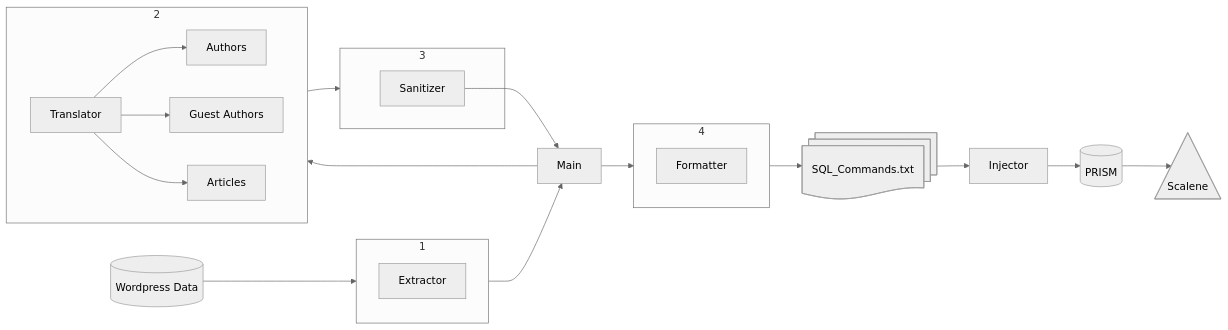
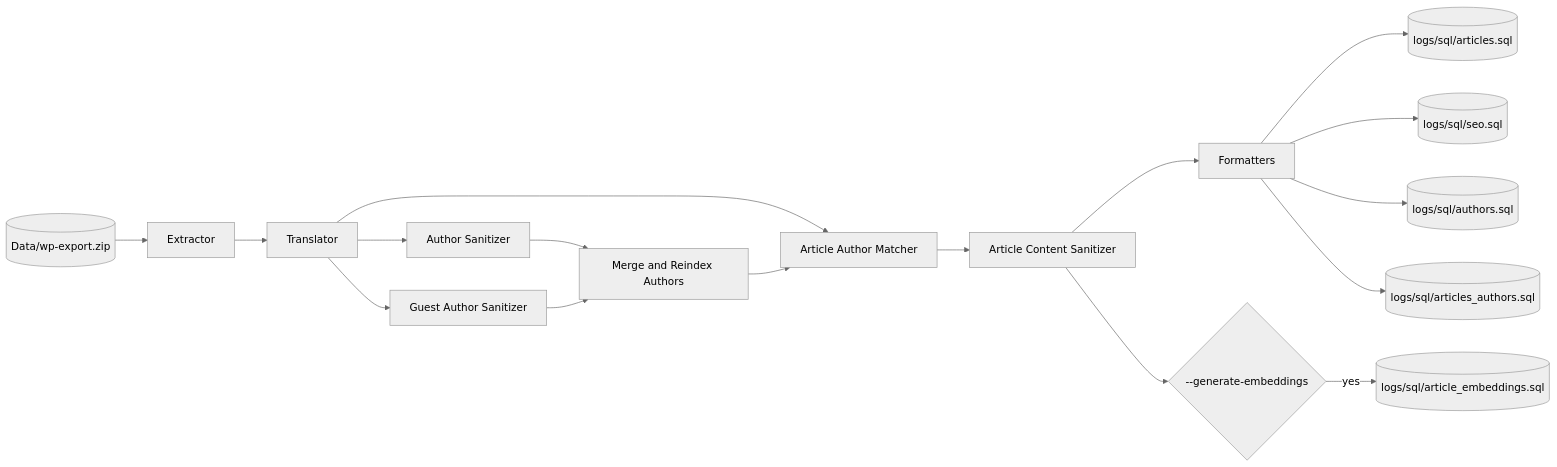
Before and after one commit to DrexelTriangle/wordpress-etl: the diagram in README.MD, drawn with Mermaid (neutral theme).

Commit message:
Update mermaid chart

````diff
--- a/README.MD
+++ b/README.MD
@@ -6,34 +6,20 @@
 ```mermaid
 flowchart LR
-    db[(Wordpress Data)] 
-    db --> g1
-    g1 --> ma[Main]
-    ma --> g2
-    ma --> g4
-    g4 --> cmd@{ shape: docs, label: "SQL_Commands.txt"} --> in[Injector] --> pr[(PRISM)] --> sc@{ shape: tri, label: "Scalene"}
-
-subgraph g1[1]
-    ex[Extractor]
-end
-
-subgraph g2[2]
-direction LR
-    tr[Translator]
-    tr --> au[Authors]
-    tr --> ga[Guest Authors]
-    tr --> ar[Articles]
-end
-
-g2 --> g3
-
-subgraph g3[3]
-    sa[Sanitizer]
-end
-
-sa --> ma
-
-subgraph g4[4]
-    fm[Formatter]
-end
+    z[(Data/wp-export.zip)] --> ex[Extractor]
+    ex --> tr[Translator]
+    tr --> a1[Author Sanitizer]
+    tr --> g1[Guest Author Sanitizer]
+    a1 --> mg[Merge and Reindex Authors]
+    g1 --> mg
+    tr --> aa[Article Author Matcher]
+    mg --> aa
+    aa --> ac[Article Content Sanitizer]
+    ac --> fmt[Formatters]
+    fmt --> s1[(logs/sql/articles.sql)]
+    fmt --> s2[(logs/sql/seo.sql)]
+    fmt --> s3[(logs/sql/authors.sql)]
+    fmt --> s4[(logs/sql/articles_authors.sql)]
+    ac --> emb{--generate-embeddings}
+    emb -->|yes| s5[(logs/sql/article_embeddings.sql)]
 
 ```
````
